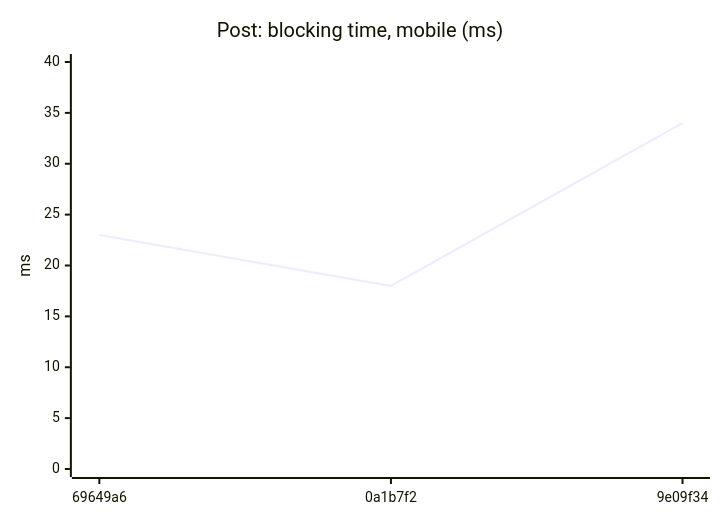
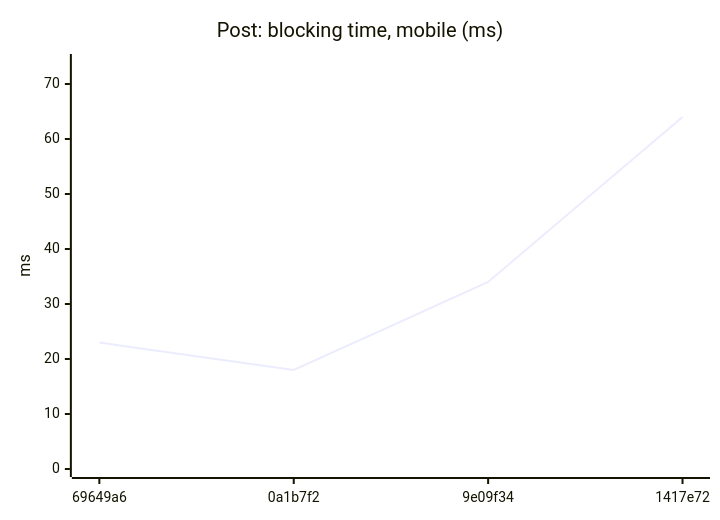
One commit to AxelUser/maltsev.space changed diagram 12 of 18 in README.md. Above: the diagram before and after it, drawn with Mermaid. The commit also changed other lines of this file and 1 other file, not shown here.

````diff
--- a/README.md
+++ b/README.md
@@ -133,7 +133,7 @@
 ```mermaid
 xychart-beta
   title "Post: blocking time, mobile (ms)"
-  x-axis ["69649a6", "0a1b7f2", "9e09f34"]
-  y-axis "ms" 0 --> 40
-  line [23, 18, 34]
+  x-axis ["69649a6", "0a1b7f2", "9e09f34", "1417e72"]
+  y-axis "ms" 0 --> 74
+  line [23, 18, 34, 64]
 ```
````
